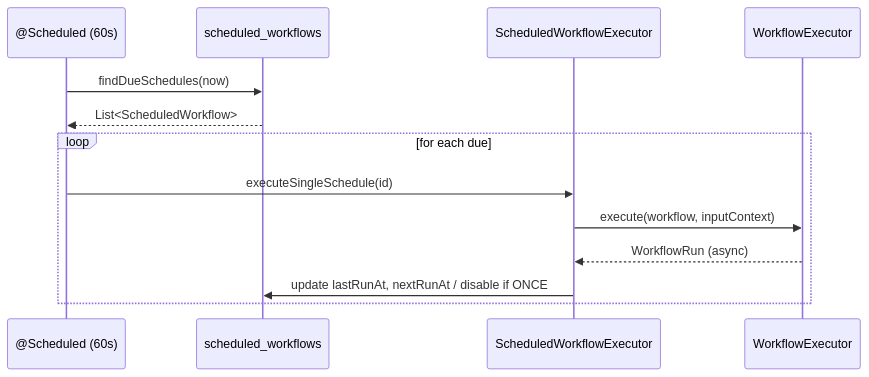
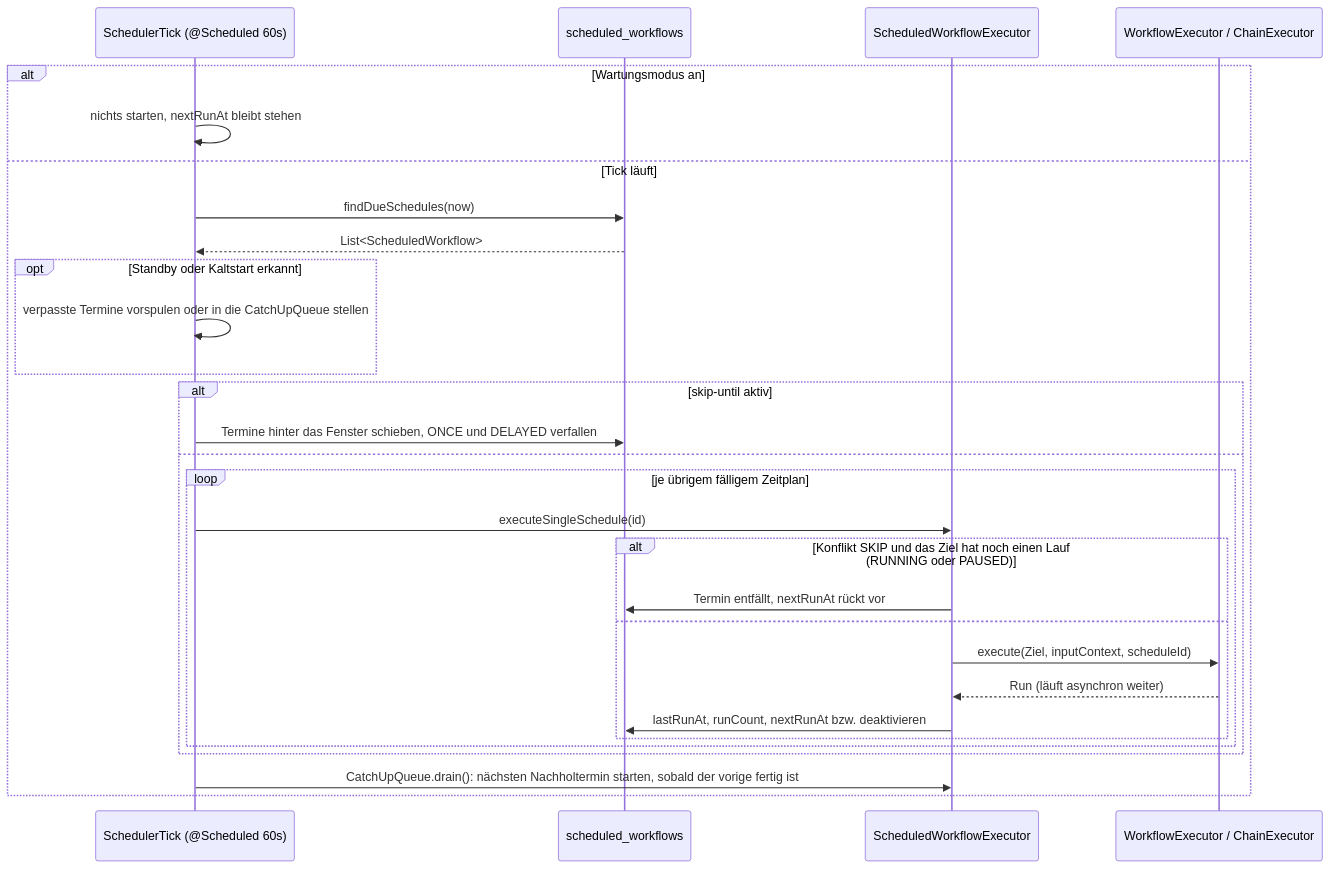
The third of 3 diagrams in docs/scheduler-diagrams.md (FLSEST/MySuricates), drawn with Mermaid before and after one commit. The commit also changed other lines of this file and 5 other files, not shown here.

First line of the commit message:
docs(diagramme): Scheduler page describes SchedulerTick, DELAYED, conflict and catch-up

````diff
--- a/docs/scheduler-diagrams.md
+++ b/docs/scheduler-diagrams.md
@@ -58,16 +66,32 @@
 ```mermaid
 sequenceDiagram
-    participant CRON as @Scheduled (60s)
+    participant CRON as SchedulerTick (@Scheduled 60s)
     participant DB as scheduled_workflows
     participant EX as ScheduledWorkflowExecutor
-    participant WE as WorkflowExecutor
+    participant WE as WorkflowExecutor / ChainExecutor
 
-    CRON->>DB: findDueSchedules(now)
-    DB-->>CRON: List<ScheduledWorkflow>
-    loop for each due
-        CRON->>EX: executeSingleSchedule(id)
-        EX->>WE: execute(workflow, inputContext)
-        WE-->>EX: WorkflowRun (async)
-        EX->>DB: update lastRunAt, nextRunAt / disable if ONCE
+    alt Wartungsmodus an
+        CRON->>CRON: nichts starten, nextRunAt bleibt stehen
+    else Tick läuft
+        CRON->>DB: findDueSchedules(now)
+        DB-->>CRON: List<ScheduledWorkflow>
+        opt Standby oder Kaltstart erkannt
+            CRON->>CRON: verpasste Termine vorspulen oder in die CatchUpQueue stellen
+        end
+        alt skip-until aktiv
+            CRON->>DB: Termine hinter das Fenster schieben, ONCE und DELAYED verfallen
+        else
+            loop je übrigem fälligem Zeitplan
+                CRON->>EX: executeSingleSchedule(id)
+                alt Konflikt SKIP und das Ziel hat noch einen Lauf (RUNNING oder PAUSED)
+                    EX->>DB: Termin entfällt, nextRunAt rückt vor
+                else
+                    EX->>WE: execute(Ziel, inputContext, scheduleId)
+                    WE-->>EX: Run (läuft asynchron weiter)
+                    EX->>DB: lastRunAt, runCount, nextRunAt bzw. deaktivieren
+                end
+            end
+        end
+        CRON->>EX: CatchUpQueue.drain(): nächsten Nachholtermin starten, sobald der vorige fertig ist
     end
 ```
````
